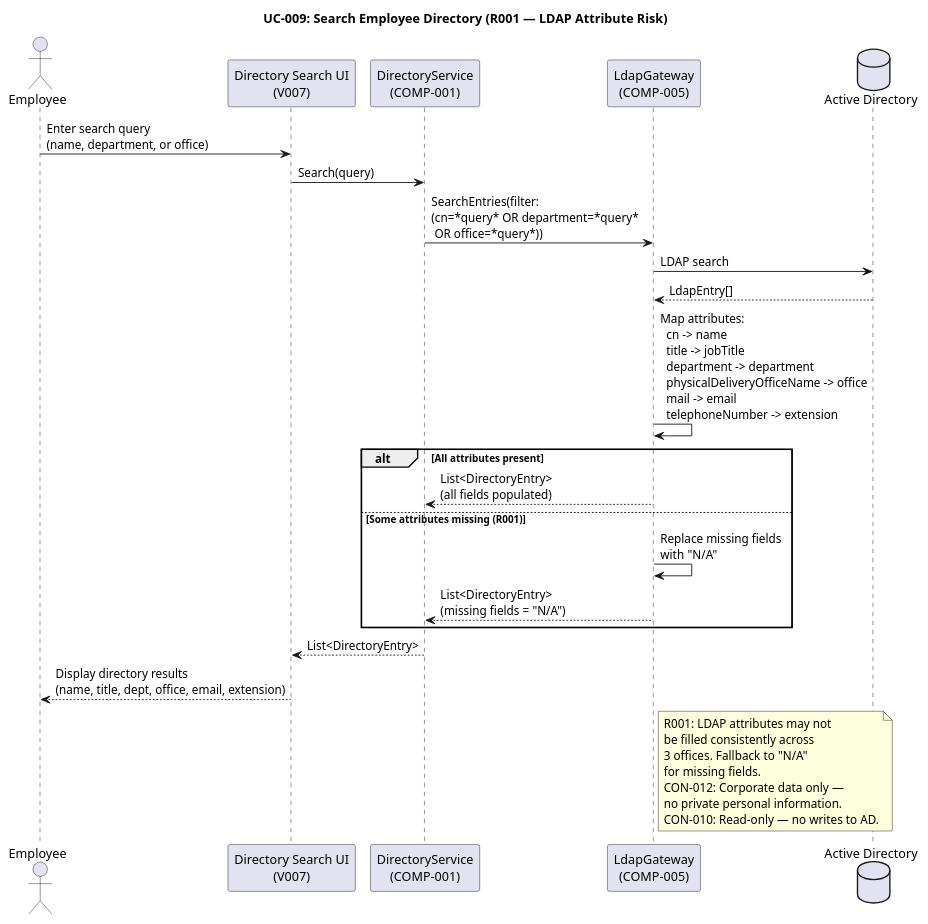
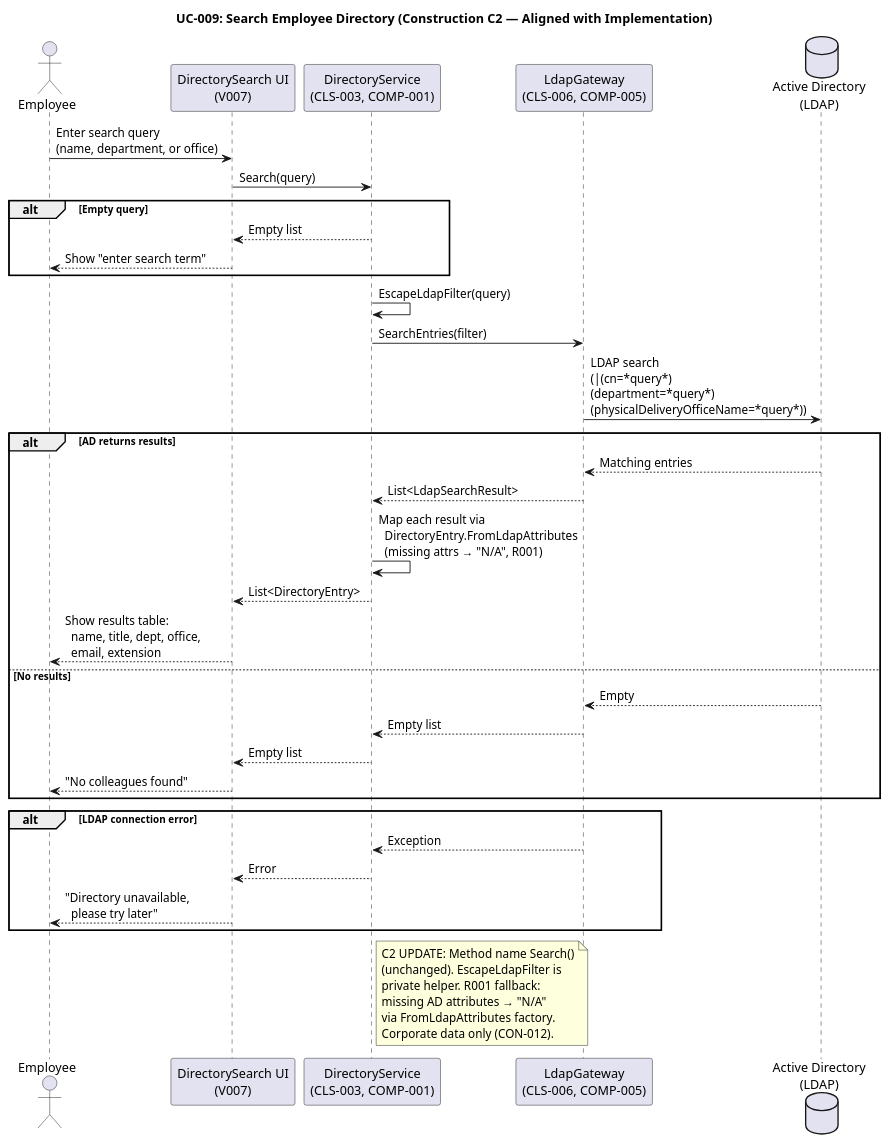
The tenth of 33 diagrams in docs/artifacts/analysis---design/design-model.md (banense-test/portal-cuba-corp), drawn with PlantUML before and after one commit. The commit also changed other lines of this file, not shown here.

````diff
--- a/docs/artifacts/analysis---design/design-model.md
+++ b/docs/artifacts/analysis---design/design-model.md
@@ -620,40 +714,52 @@
 ```plantuml
 @startuml
-title UC-009: Search Employee Directory (R001 — LDAP Attribute Risk)
+title UC-009: Search Employee Directory (Construction C2 — Aligned with Implementation)
 
 actor Employee as EMP
-participant "Directory Search UI\n(V007)" as UI
-participant "DirectoryService\n(COMP-001)" as SVC
-participant "LdapGateway\n(COMP-005)" as LDAP
-database "Active Directory" as AD
+participant "DirectorySearch UI\n(V007)" as UI
+participant "DirectoryService\n(CLS-003, COMP-001)" as SVC
+participant "LdapGateway\n(CLS-006, COMP-005)" as LDAP
+database "Active Directory\n(LDAP)" as AD
 
 EMP -> UI : Enter search query\n(name, department, or office)
 UI -> SVC : Search(query)
-SVC -> LDAP : SearchEntries(filter:\n(cn=*query* OR department=*query*\n OR office=*query*))
-LDAP -> AD : LDAP search
-AD --> LDAP : LdapEntry[]
 
-LDAP -> LDAP : Map attributes:\n  cn -> name\n  title -> jobTitle\n  department -> department\n  physicalDeliveryOfficeName -> office\n  mail -> email\n  telephoneNumber -> extension
-
-alt All attributes present
-  LDAP --> SVC : List<DirectoryEntry>\n(all fields populated)
-else Some attributes missing (R001)
-  LDAP -> LDAP : Replace missing fields\nwith "N/A"
-  LDAP --> SVC : List<DirectoryEntry>\n(missing fields = "N/A")
+alt Empty query
+  SVC --> UI : Empty list
+  UI --> EMP : Show "enter search term"
 end
 
-SVC --> UI : List<DirectoryEntry>
-UI --> EMP : Display directory results\n(name, title, dept, office, email, extension)
+SVC -> SVC : EscapeLdapFilter(query)
+SVC -> LDAP : SearchEntries(filter)
+LDAP -> AD : LDAP search\n(|(cn=*query*)\n(department=*query*)\n(physicalDeliveryOfficeName=*query*))
 
-note right of LDAP
-  R001: LDAP attributes may not
-  be filled consistently across
-  3 offices. Fallback to "N/A"
-  for missing fields.
-  CON-012: Corporate data only —
-  no private personal information.
-  CON-010: Read-only — no writes to AD.
+alt AD returns results
+  AD --> LDAP : Matching entries
+  LDAP --> SVC : List<LdapSearchResult>
+  SVC -> SVC : Map each result via\n  DirectoryEntry.FromLdapAttributes\n  (missing attrs → "N/A", R001)
+  SVC --> UI : List<DirectoryEntry>
+  UI --> EMP : Show results table:\n  name, title, dept, office,\n  email, extension
+else No results
+  AD --> LDAP : Empty
+  LDAP --> SVC : Empty list
+  SVC --> UI : Empty list
+  UI --> EMP : "No colleagues found"
+end
+
+alt LDAP connection error
+  LDAP --> SVC : Exception
+  SVC --> UI : Error
+  UI --> EMP : "Directory unavailable,\n  please try later"
+end
+
+note right of SVC
+  C2 UPDATE: Method name Search()
+  (unchanged). EscapeLdapFilter is
+  private helper. R001 fallback:
+  missing AD attributes → "N/A"
+  via FromLdapAttributes factory.
+  Corporate data only (CON-012).
 end note
 
 @enduml
 ```
````
